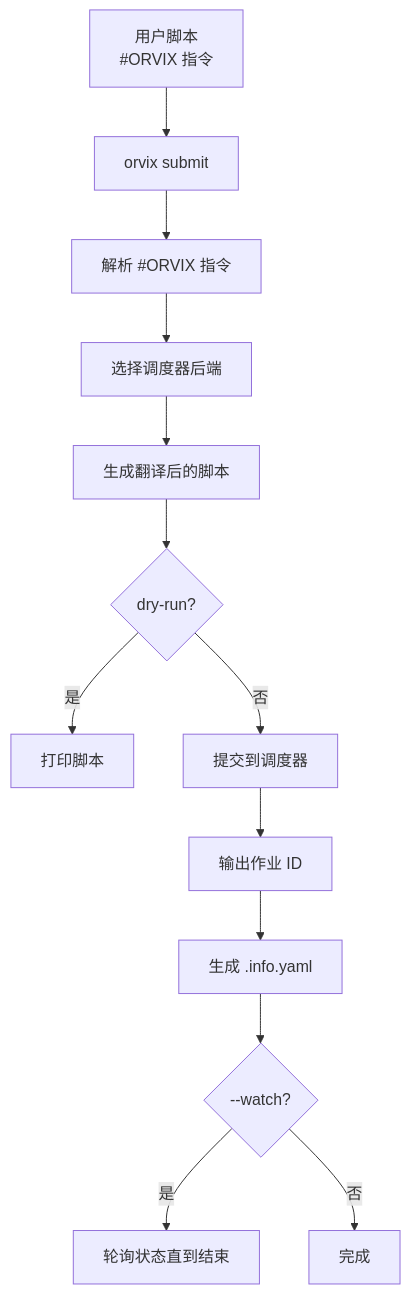
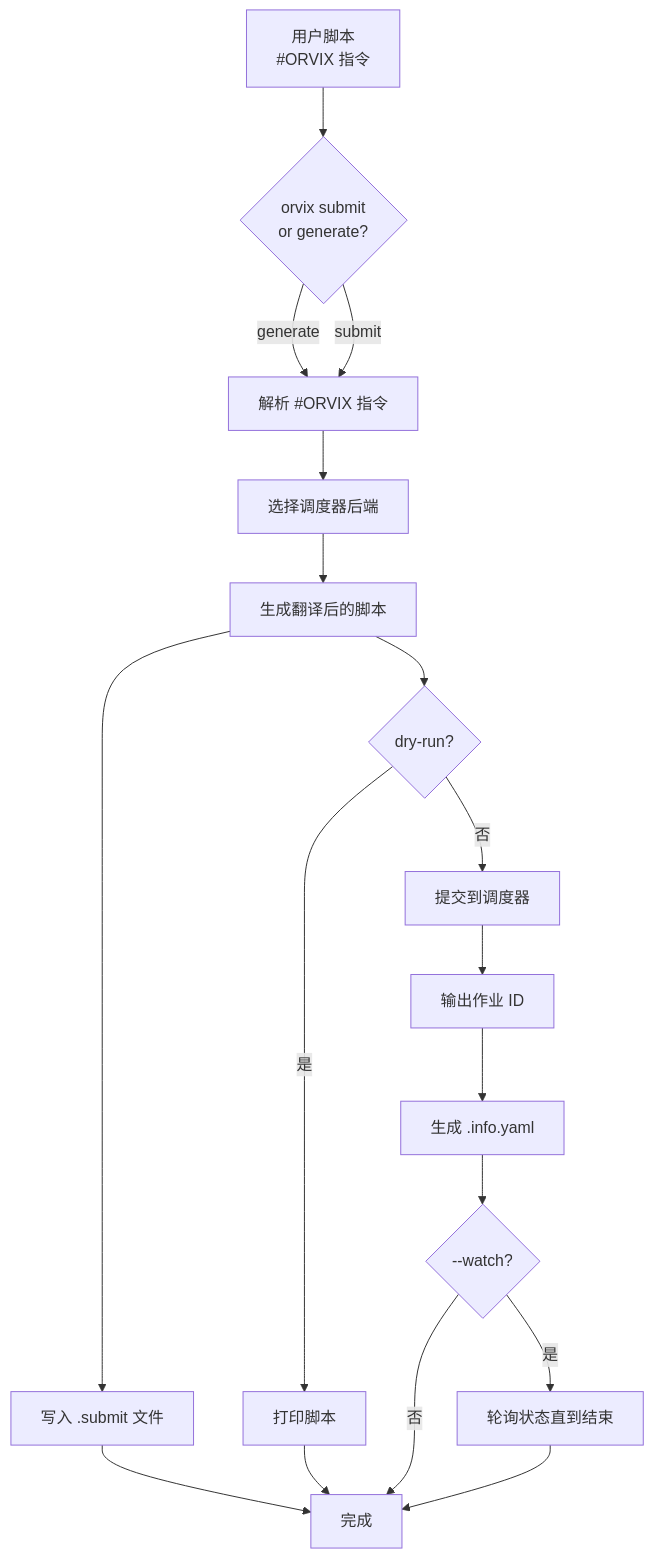
One commit to cemc-oper/orvix changed the diagram in README.md. Above: the diagram before and after it, drawn with Mermaid. The commit also changed other lines of this file and 11 other files, not shown here.

````diff
--- a/README.md
+++ b/README.md
@@ -79,15 +86,20 @@
 ```mermaid
 flowchart TD
-    A[用户脚本<br/>#ORVIX 指令] --> B[orvix submit]
-    B --> C[解析 #ORVIX 指令]
+    A[用户脚本<br/>#ORVIX 指令] --> B{orvix submit<br/>or generate?}
+    B -->|generate| C[解析 #ORVIX 指令]
     C --> D[选择调度器后端]
     D --> E[生成翻译后的脚本]
+    E --> G[写入 .submit 文件]
+    G --> N[完成]
+    B -->|submit| C
     E --> F{dry-run?}
-    F -->|是| G[打印脚本]
+    F -->|是| P[打印脚本]
+    P --> N
     F -->|否| H[提交到调度器]
     H --> I[输出作业 ID]
     I --> J[生成 .info.yaml]
     J --> K{--watch?}
     K -->|是| L[轮询状态直到结束]
-    K -->|否| M[完成]
+    K -->|否| N
+    L --> N
 ```
````
